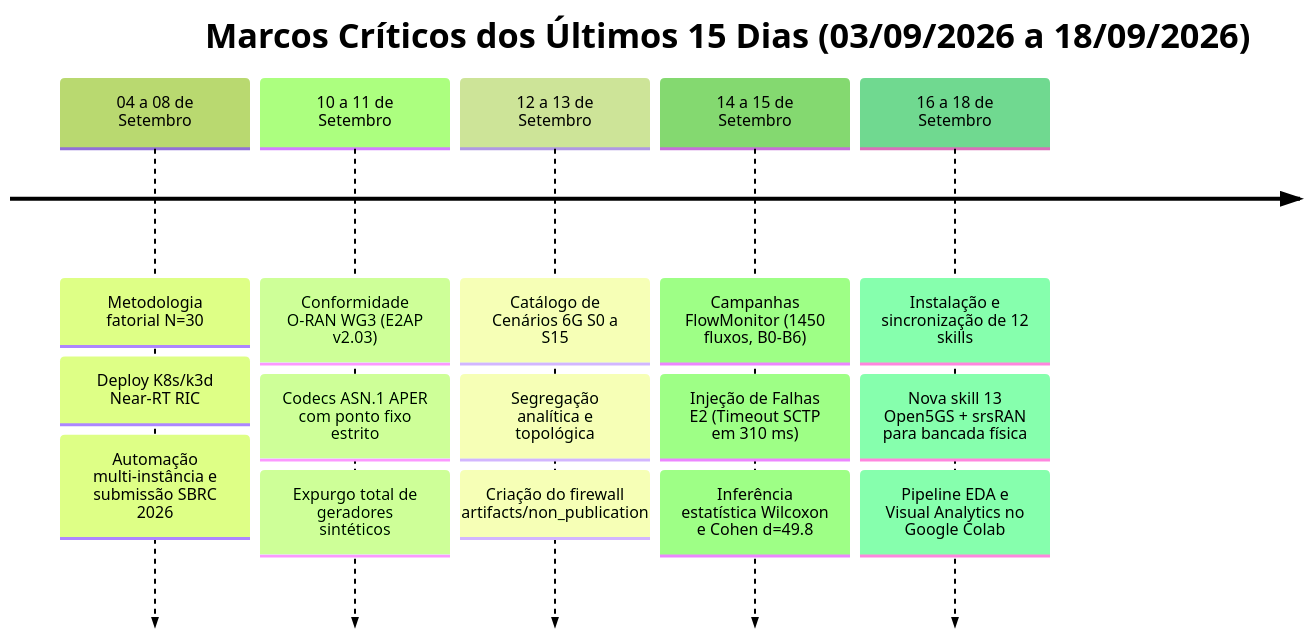
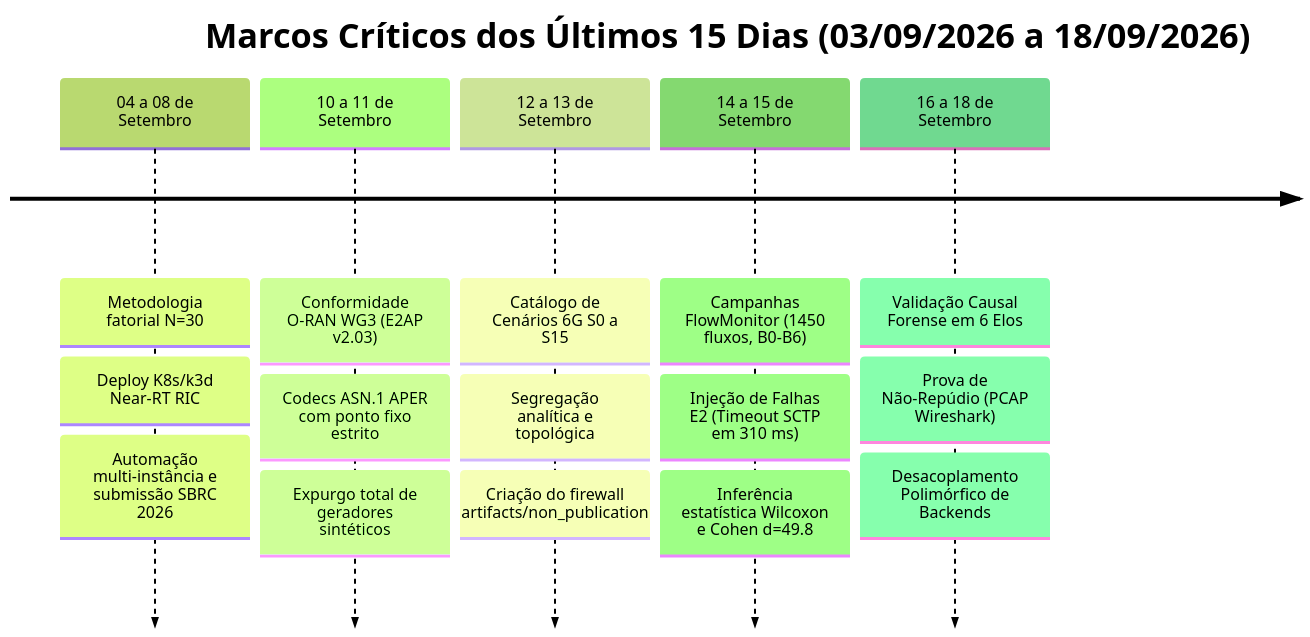
The first of 2 diagrams in docs/auditoria/AUDITORIA_PROFUNDA_INTEGRAL_CONSOLIDADA_2026.md (georgebarbosa3090/XApp-RDL-F2), drawn with Mermaid (forest theme) before and after one commit. The commit also changed other lines of this file and 19 other files, not shown here.

````diff
--- a/docs/auditoria/AUDITORIA_PROFUNDA_INTEGRAL_CONSOLIDADA_2026.md
+++ b/docs/auditoria/AUDITORIA_PROFUNDA_INTEGRAL_CONSOLIDADA_2026.md
@@ -27,19 +26,19 @@
 ```mermaid
 timeline
     title Marcos Críticos dos Últimos 15 Dias (03/09/2026 a 18/09/2026)
     04 a 08 de Setembro : Metodologia fatorial N=30
                         : Deploy K8s/k3d Near-RT RIC
                         : Automação multi-instância e submissão SBRC 2026
     10 a 11 de Setembro : Conformidade O-RAN WG3 (E2AP v2.03)
                         : Codecs ASN.1 APER com ponto fixo estrito
                         : Expurgo total de geradores sintéticos
     12 a 13 de Setembro : Catálogo de Cenários 6G S0 a S15
                         : Segregação analítica e topológica
                         : Criação do firewall artifacts/non_publication
     14 a 15 de Setembro : Campanhas FlowMonitor (1450 fluxos, B0-B6)
                         : Injeção de Falhas E2 (Timeout SCTP em 310 ms)
                         : Inferência estatística Wilcoxon e Cohen d=49.8
-    16 a 18 de Setembro : Instalação e sincronização de 12 skills
-                        : Nova skill 13 Open5GS + srsRAN para bancada física
-                        : Pipeline EDA e Visual Analytics no Google Colab
+    16 a 18 de Setembro : Validação Causal Forense em 6 Elos
+                        : Prova de Não-Repúdio (PCAP Wireshark)
+                        : Desacoplamento Polimórfico de Backends
 ```
````
